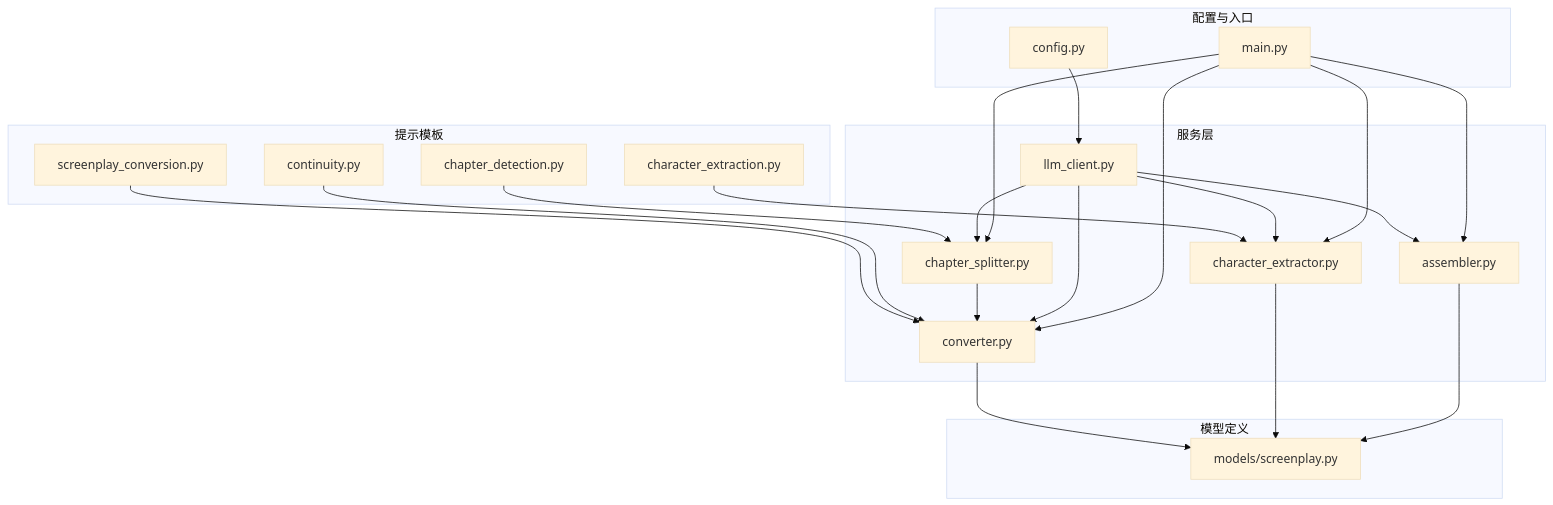
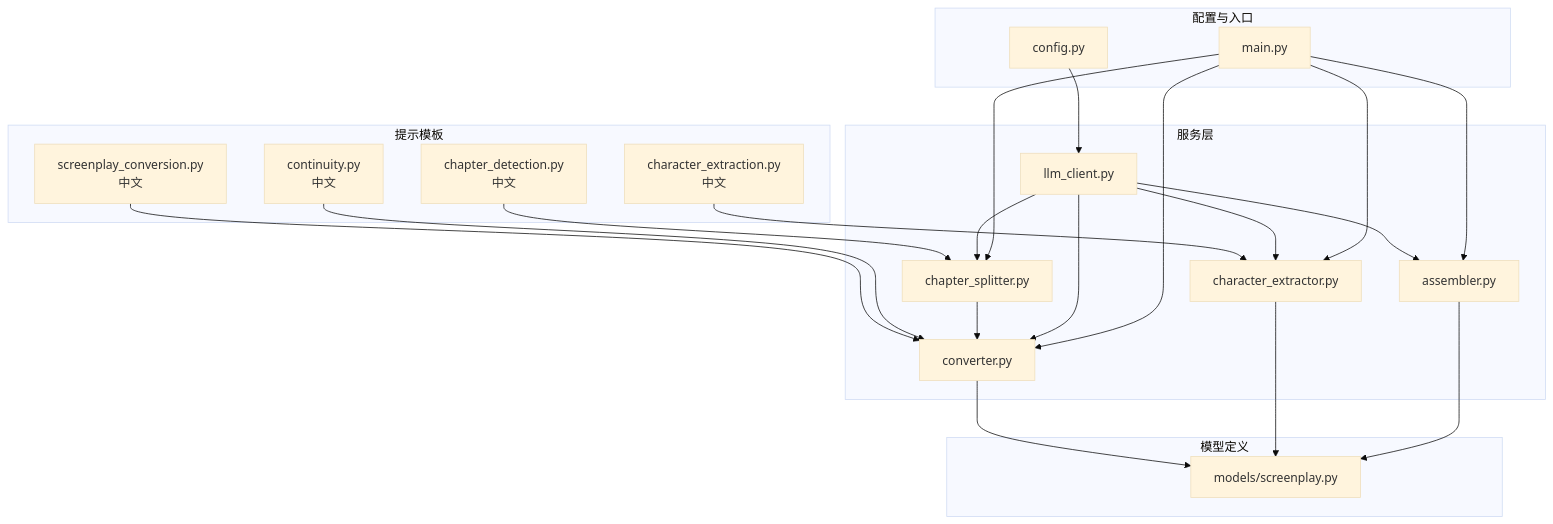
One commit to tjujingzong/Novel-to-Screenplay changed the first of 8 diagrams in .qoder/repowiki/zh/content/LLM集成/提示工程设计.md. Above: the diagram before and after it, drawn with Mermaid (base theme). The commit also changed other lines of this file and 21 other files, not shown here.

````diff
--- a/.qoder/repowiki/zh/content/LLM集成/提示工程设计.md
+++ b/.qoder/repowiki/zh/content/LLM集成/提示工程设计.md
@@ -44,40 +54,40 @@
 ```mermaid
 graph TB
 subgraph "提示模板"
-P1["screenplay_conversion.py"]
-P2["continuity.py"]
-P3["character_extraction.py"]
-P4["chapter_detection.py"]
+P1["screenplay_conversion.py<br/>中文"]
+P2["continuity.py<br/>中文"]
+P3["character_extraction.py<br/>中文"]
+P4["chapter_detection.py<br/>中文"]
 end
 subgraph "服务层"
 S1["converter.py"]
 S2["character_extractor.py"]
 S3["chapter_splitter.py"]
 S4["assembler.py"]
 S5["llm_client.py"]
 end
 subgraph "模型定义"
 M1["models/screenplay.py"]
 end
 subgraph "配置与入口"
 C1["config.py"]
 C2["main.py"]
 end
 P1 --> S1
 P2 --> S1
 P3 --> S2
 P4 --> S3
 S1 --> M1
 S2 --> M1
 S3 --> S1
 S4 --> M1
 S5 --> S1
 S5 --> S2
 S5 --> S3
 S5 --> S4
 C1 --> S5
 C2 --> S1
 C2 --> S2
 C2 --> S3
 C2 --> S4
 ```
````
